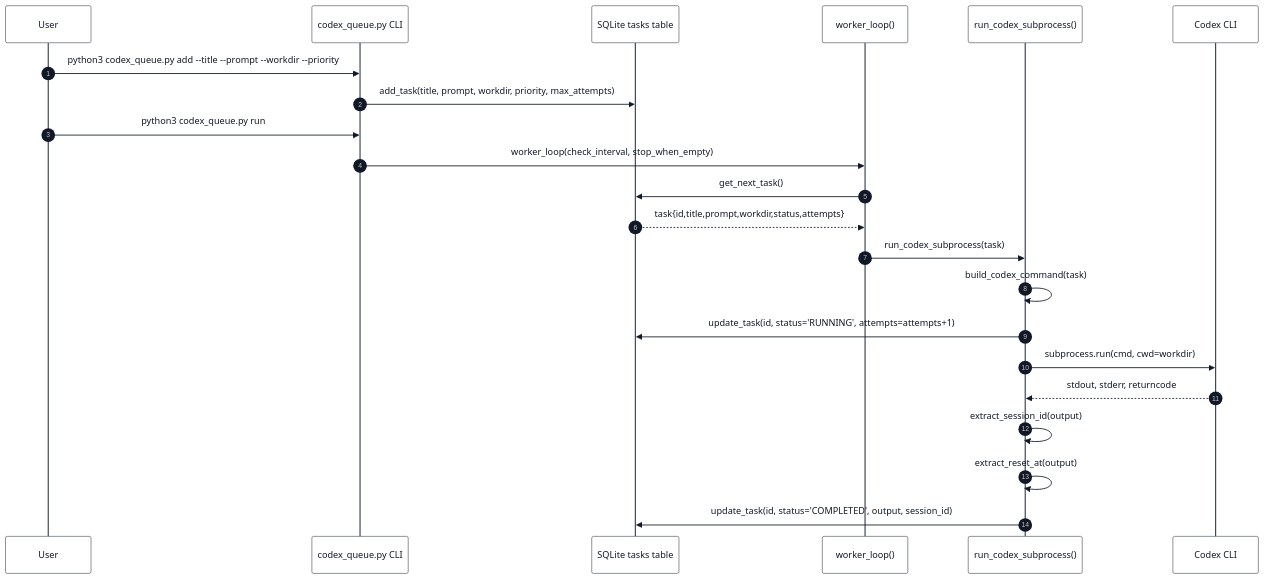
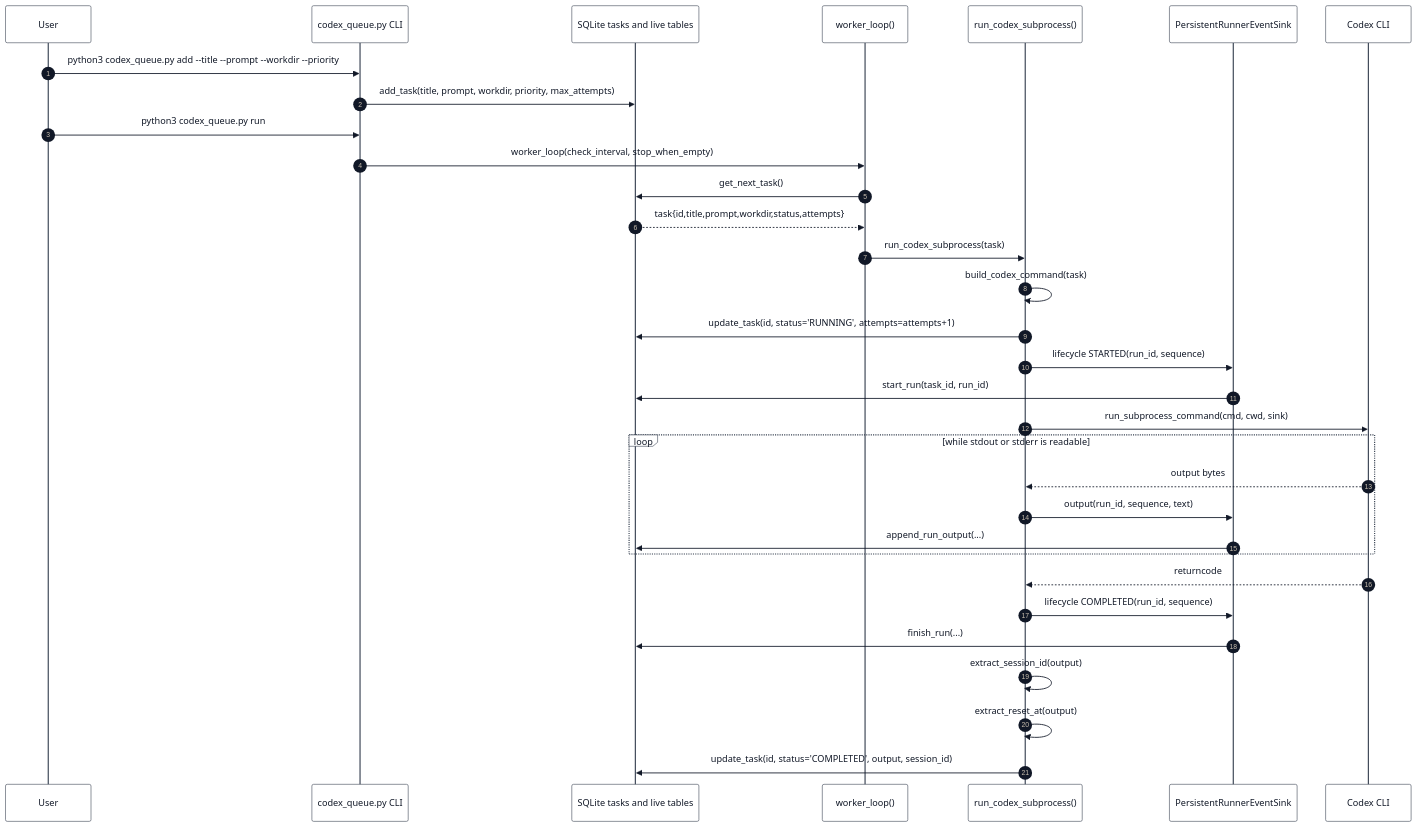
The first of 10 diagrams in docs/SEQUENCE_DIAGRAMS.md (kinderp/durex), drawn with Mermaid before and after one commit. The commit also changed other lines of this file and 9 other files, not shown here.

````diff
--- a/docs/SEQUENCE_DIAGRAMS.md
+++ b/docs/SEQUENCE_DIAGRAMS.md
@@ -31,26 +35,36 @@
 ```mermaid
 %%{init: {"theme": "base", "themeVariables": {"primaryColor": "#ffffff", "primaryTextColor": "#111827", "primaryBorderColor": "#374151", "lineColor": "#374151", "secondaryColor": "#f3f4f6", "tertiaryColor": "#ffffff", "textColor": "#111827", "mainBkg": "#ffffff", "nodeBorder": "#374151", "clusterBkg": "#f9fafb", "clusterBorder": "#9ca3af", "edgeLabelBackground": "#ffffff", "actorBkg": "#ffffff", "actorBorder": "#374151", "actorTextColor": "#111827", "activationBkgColor": "#e5e7eb", "activationBorderColor": "#374151", "signalColor": "#111827", "signalTextColor": "#111827", "noteBkgColor": "#fef3c7", "noteTextColor": "#111827", "noteBorderColor": "#92400e"}}}%%
 sequenceDiagram
     autonumber
     participant User
     participant CLI as codex_queue.py CLI
-    participant DB as SQLite tasks table
+    participant DB as SQLite tasks and live tables
     participant Worker as worker_loop()
     participant Runner as run_codex_subprocess()
+    participant Sink as PersistentRunnerEventSink
     participant Codex as Codex CLI
 
     User->>CLI: python3 codex_queue.py add --title --prompt --workdir --priority
     CLI->>DB: add_task(title, prompt, workdir, priority, max_attempts)
     User->>CLI: python3 codex_queue.py run
     CLI->>Worker: worker_loop(check_interval, stop_when_empty)
     Worker->>DB: get_next_task()
     DB-->>Worker: task{id,title,prompt,workdir,status,attempts}
     Worker->>Runner: run_codex_subprocess(task)
     Runner->>Runner: build_codex_command(task)
     Runner->>DB: update_task(id, status='RUNNING', attempts=attempts+1)
-    Runner->>Codex: subprocess.run(cmd, cwd=workdir)
-    Codex-->>Runner: stdout, stderr, returncode
+    Runner->>Sink: lifecycle STARTED(run_id, sequence)
+    Sink->>DB: start_run(task_id, run_id)
+    Runner->>Codex: run_subprocess_command(cmd, cwd, sink)
+    loop while stdout or stderr is readable
+        Codex-->>Runner: output bytes
+        Runner->>Sink: output(run_id, sequence, text)
+        Sink->>DB: append_run_output(...)
+    end
+    Codex-->>Runner: returncode
+    Runner->>Sink: lifecycle COMPLETED(run_id, sequence)
+    Sink->>DB: finish_run(...)
     Runner->>Runner: extract_session_id(output)
     Runner->>Runner: extract_reset_at(output)
     Runner->>DB: update_task(id, status='COMPLETED', output, session_id)
 ```
````
